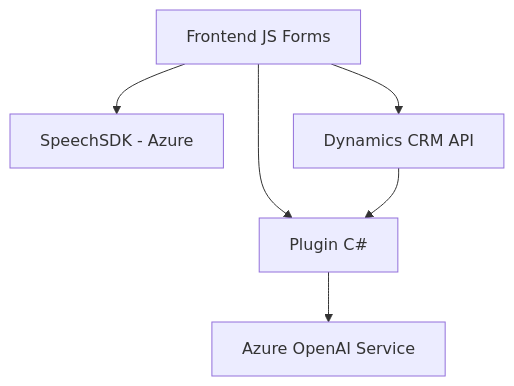
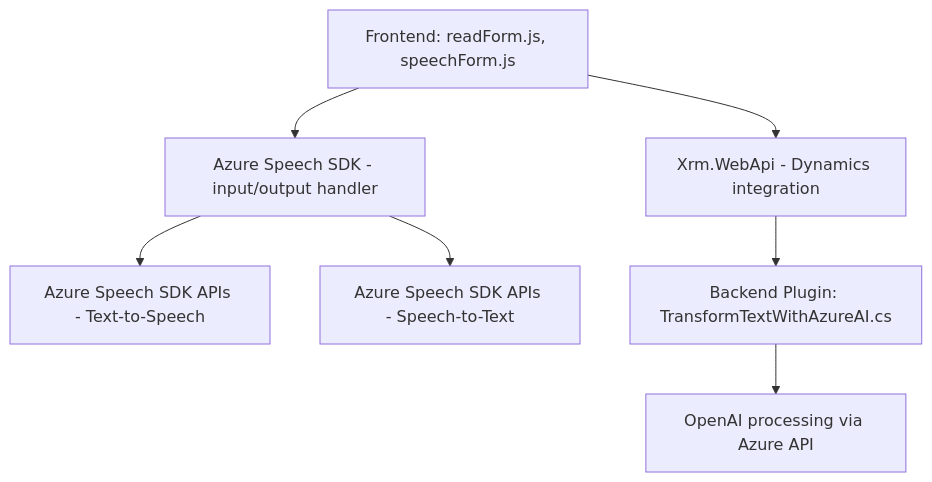
One commit to blopezdm/NETCORE_BILBAO2025 changed the diagram in README.md. Above: the diagram before and after it, drawn with Mermaid. The commit also changed other lines of this file, not shown here.

````diff
--- a/README.md
+++ b/README.md
@@ -51,14 +47,9 @@
 ```mermaid
 graph TD
-    A["Frontend JS Forms"]
-    B["SpeechSDK - Azure"]
-    C["Dynamics CRM API"]
-    D["Plugin C#"]
-    E["Azure OpenAI Service"]
-
-    A --> B 
-    A --> C 
-    A --> D
-    D --> E
-    C --> D
+    A["Frontend: readForm.js, speechForm.js"] --> B["Azure Speech SDK - input/output handler"]
+    A --> C["Xrm.WebApi - Dynamics integration"]
+    B --> D["Azure Speech SDK APIs - Text-to-Speech"]
+    B --> E["Azure Speech SDK APIs - Speech-to-Text"]
+    C --> F["Backend Plugin: TransformTextWithAzureAI.cs"]
+    F --> G["OpenAI processing via Azure API"]
 ```
````
